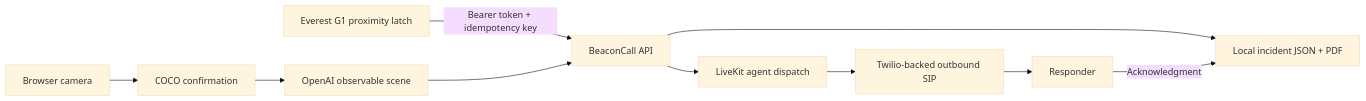
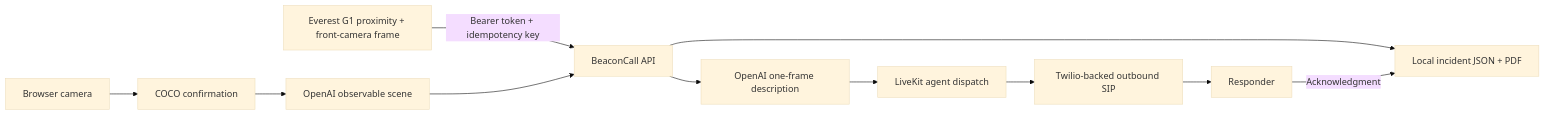
The diagram in README.md (KaushikSiva/beacon-call), drawn with Mermaid (base theme) before and after one commit. The commit also changed other lines of this file and 9 other files, not shown here.

Commit message:
Add front-camera vision to outbound incident calls

````diff
--- a/README.md
+++ b/README.md
@@ -31,12 +31,13 @@
 ```mermaid
 flowchart LR
-    G[Everest G1 proximity latch] -->|Bearer token + idempotency key| A[BeaconCall API]
+    G[Everest G1 proximity + front-camera frame] -->|Bearer token + idempotency key| A[BeaconCall API]
     C[Browser camera] --> V[COCO confirmation]
     V --> O[OpenAI observable scene]
     O --> A
+    A --> E[OpenAI one-frame description]
     A --> S[Local incident JSON + PDF]
-    A --> D[LiveKit agent dispatch]
+    E --> D[LiveKit agent dispatch]
     D --> P[Twilio-backed outbound SIP]
     P --> R[Responder]
     R -->|Acknowledgment| S
 ```
````
